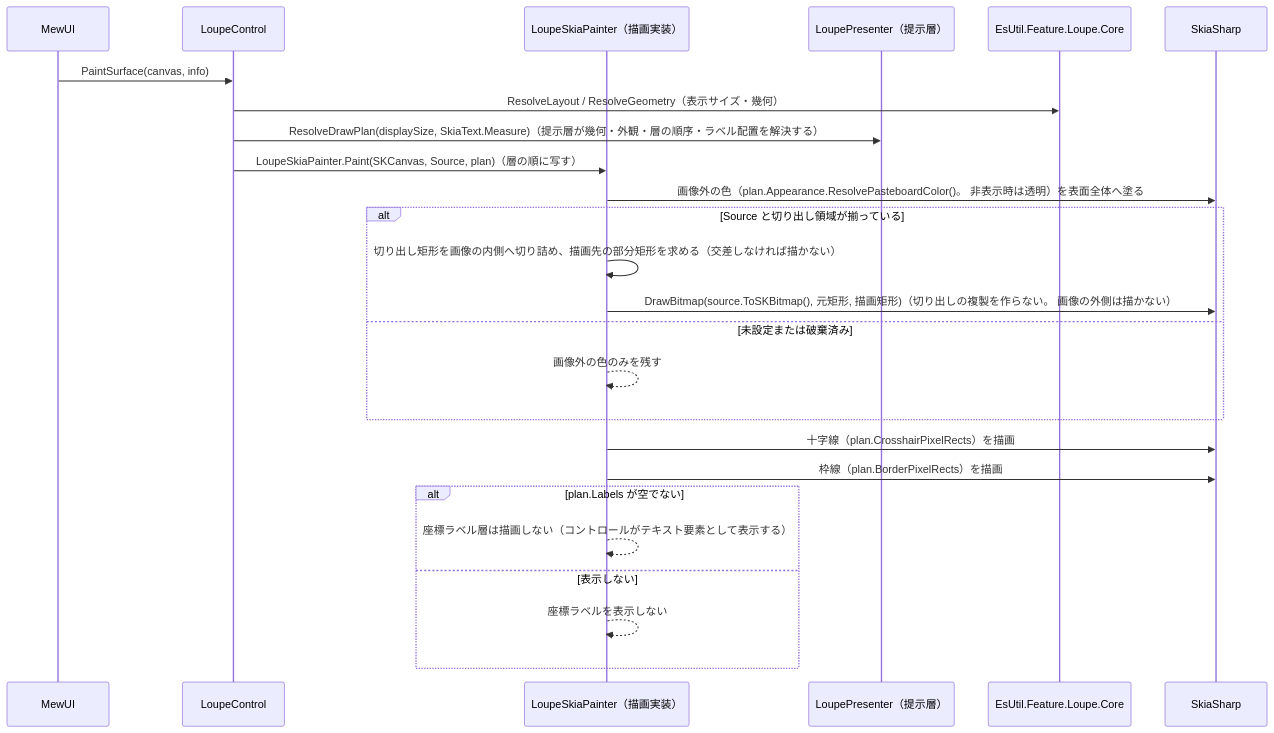
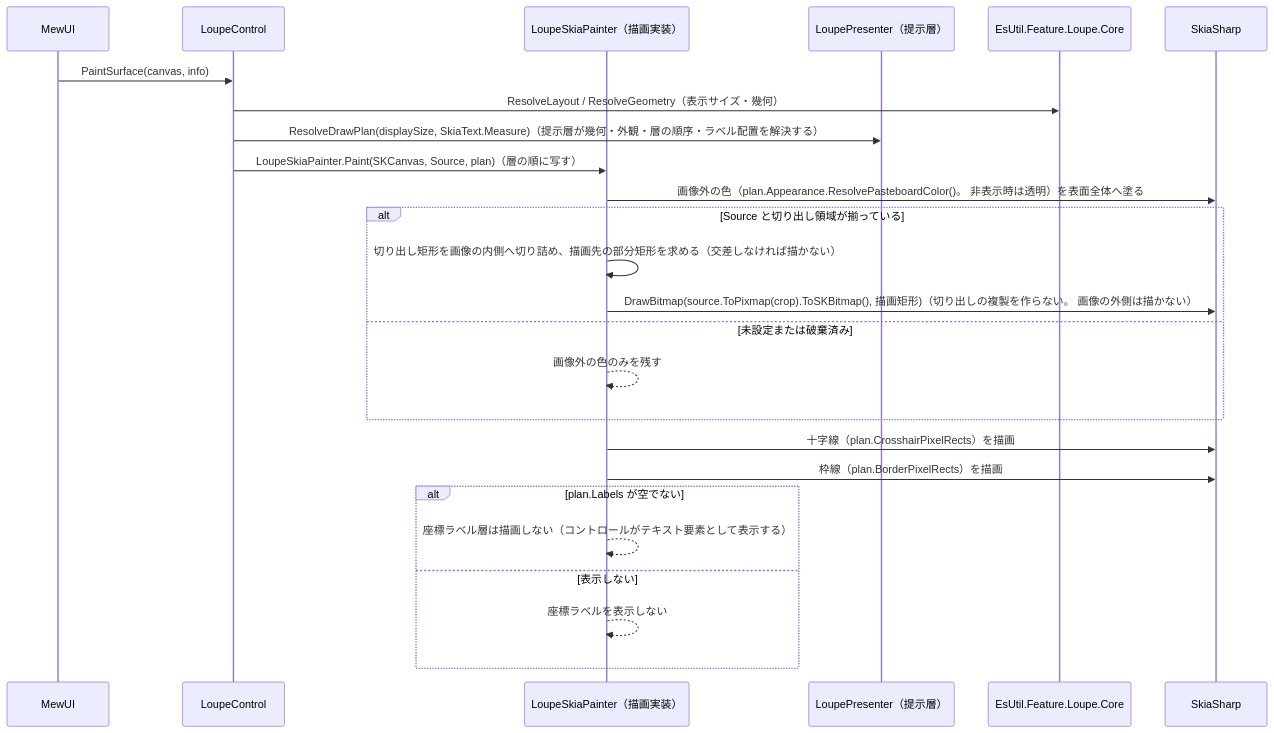
One commit to tomokuni/SaveEvidence changed the second of 2 diagrams in src/EsUtil.Feature.Loupe.ControlMewUI/docs/SPEC_System.md. Above: the diagram before and after it, drawn with Mermaid. The commit also changed other lines of this file and 51 other files, not shown here.

````diff
--- a/src/EsUtil.Feature.Loupe.ControlMewUI/docs/SPEC_System.md
+++ b/src/EsUtil.Feature.Loupe.ControlMewUI/docs/SPEC_System.md
@@ -218,28 +218,28 @@
 ```mermaid
 sequenceDiagram
     participant MW as MewUI
     participant LC as LoupeControl
     participant R as LoupeSkiaPainter（描画実装）
     participant P as LoupePresenter（提示層）
     participant C as EsUtil.Feature.Loupe.Core
     participant SK as SkiaSharp
 
     MW->>LC: PaintSurface(canvas, info)
     LC->>C: ResolveLayout / ResolveGeometry（表示サイズ・幾何）
     LC->>P: ResolveDrawPlan(displaySize, SkiaText.Measure)（提示層が幾何・外観・層の順序・ラベル配置を解決する）
     LC->>R: LoupeSkiaPainter.Paint(SKCanvas, Source, plan)（層の順に写す）
     R->>SK: 画像外の色（plan.Appearance.ResolvePasteboardColor()。 非表示時は透明）を表面全体へ塗る
     alt Source と切り出し領域が揃っている
         R->>R: 切り出し矩形を画像の内側へ切り詰め、描画先の部分矩形を求める（交差しなければ描かない）
-        R->>SK: DrawBitmap(source.ToSKBitmap(), 元矩形, 描画矩形)（切り出しの複製を作らない。 画像の外側は描かない）
+        R->>SK: DrawBitmap(source.ToPixmap(crop).ToSKBitmap(), 描画矩形)（切り出しの複製を作らない。 画像の外側は描かない）
     else 未設定または破棄済み
         R-->>R: 画像外の色のみを残す
     end
     R->>SK: 十字線（plan.CrosshairPixelRects）を描画
     R->>SK: 枠線（plan.BorderPixelRects）を描画
     alt plan.Labels が空でない
         R-->>R: 座標ラベル層は描画しない（コントロールがテキスト要素として表示する）
     else 表示しない
         R-->>R: 座標ラベルを表示しない
     end
 ```
````
